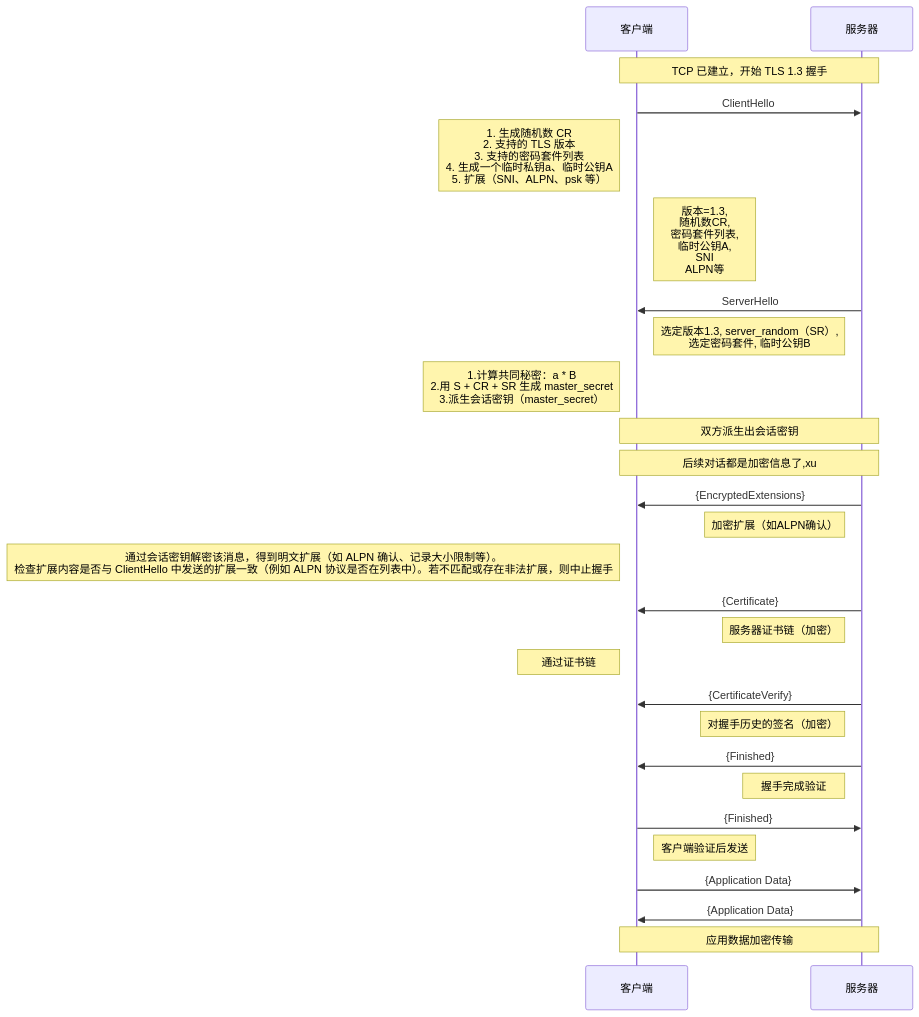
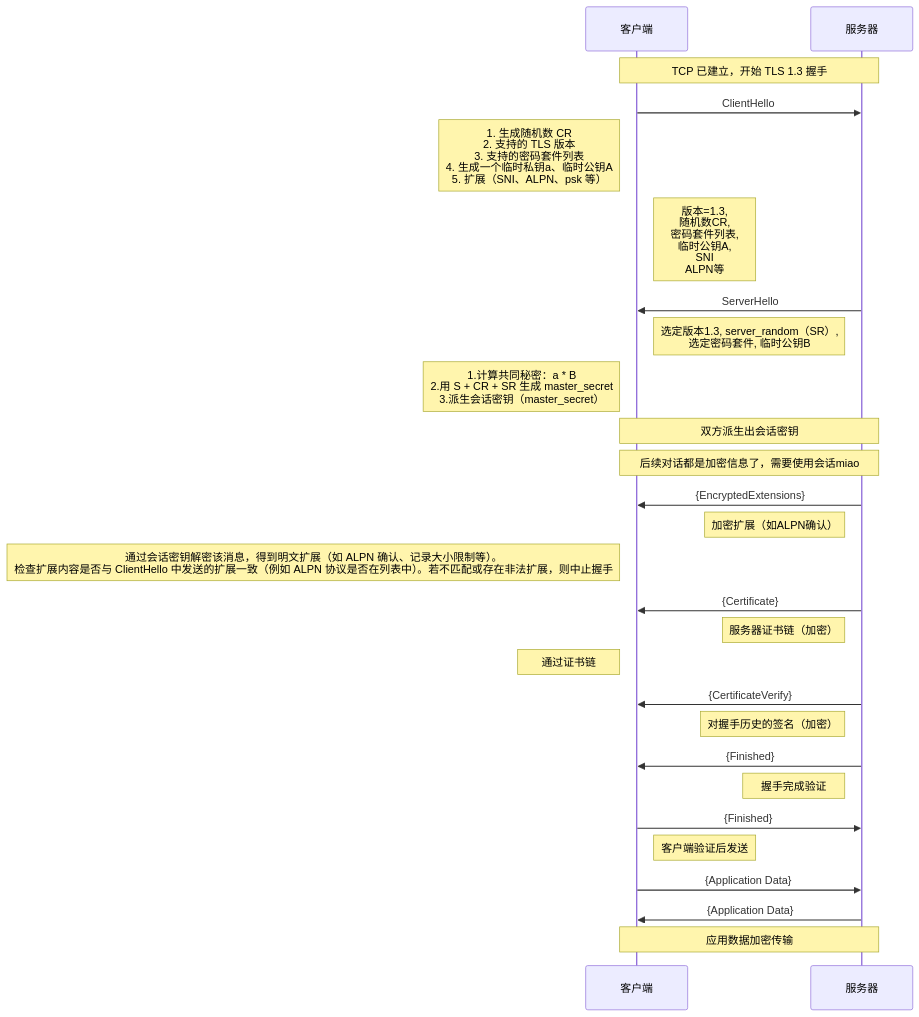
One commit to HY-10-8/iodraw-files changed the diagram in all/TLS-1.3-通用.md. Above: the diagram before and after it, drawn with Mermaid.

Commit message:
2026-03-30 18:05:59 update

````diff
--- a/all/TLS-1.3-通用.md
+++ b/all/TLS-1.3-通用.md
@@ -1,39 +1,39 @@
 ```mermaid
 sequenceDiagram
     participant C as 客户端
     participant S as 服务器
 
     Note over C,S: TCP 已建立，开始 TLS 1.3 握手
 
     C->>S: ClientHello
     Note left of C: 1. 生成随机数 CR<br/> 2. 支持的 TLS 版本<br/> 3. 支持的密码套件列表<br/> 4. 生成一个临时私钥a、临时公钥A<br/> 5. 扩展（SNI、ALPN、psk 等）
     Note right of C: 版本=1.3,<br/> 随机数CR,<br/> 密码套件列表,<br/> 临时公钥A,<br/> SNI<br/> ALPN等
 
     S->>C: ServerHello
     Note left of S: 选定版本1.3, server_random（SR）,<br/> 选定密码套件, 临时公钥B
     Note left of C: 1.计算共同秘密：a * B<br/> 2.用 S + CR + SR 生成 master_secret<br/> 3.派生会话密钥（master_secret）
 
     Note over C,S: 双方派生出会话密钥
-    Note over C,S: 后续对话都是加密信息了,xu
+    Note over C,S: 后续对话都是加密信息了，需要使用会话miao
 
     S->>C: {EncryptedExtensions}
     Note left of S: 加密扩展（如ALPN确认）
     Note left of C: 通过会话密钥解密该消息，得到明文扩展（如 ALPN 确认、记录大小限制等）。<br/>检查扩展内容是否与 ClientHello 中发送的扩展一致（例如 ALPN 协议是否在列表中）。若不匹配或存在非法扩展，则中止握手
 
     S->>C: {Certificate}
     Note left of S: 服务器证书链（加密）
     Note left of C: 通过证书链
 
     S->>C: {CertificateVerify}
     Note left of S: 对握手历史的签名（加密）
 
     S->>C: {Finished}
     Note left of S: 握手完成验证
 
     C->>S: {Finished}
     Note right of C: 客户端验证后发送
 
     C->>S: {Application Data}
     S->>C: {Application Data}
     Note over C,S: 应用数据加密传输
 ```
````
